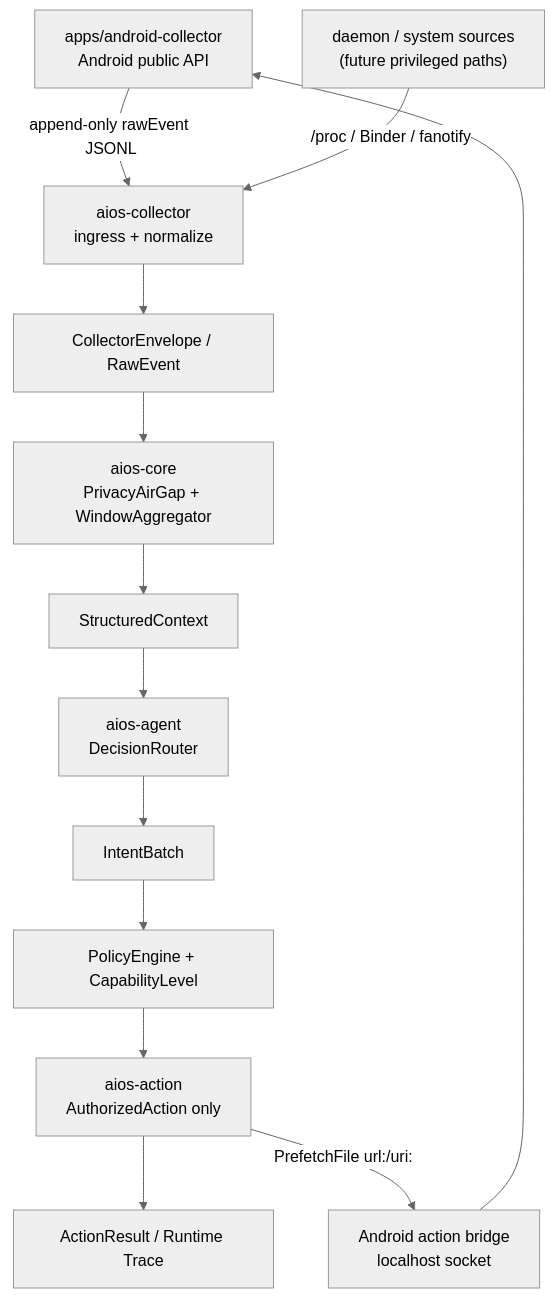
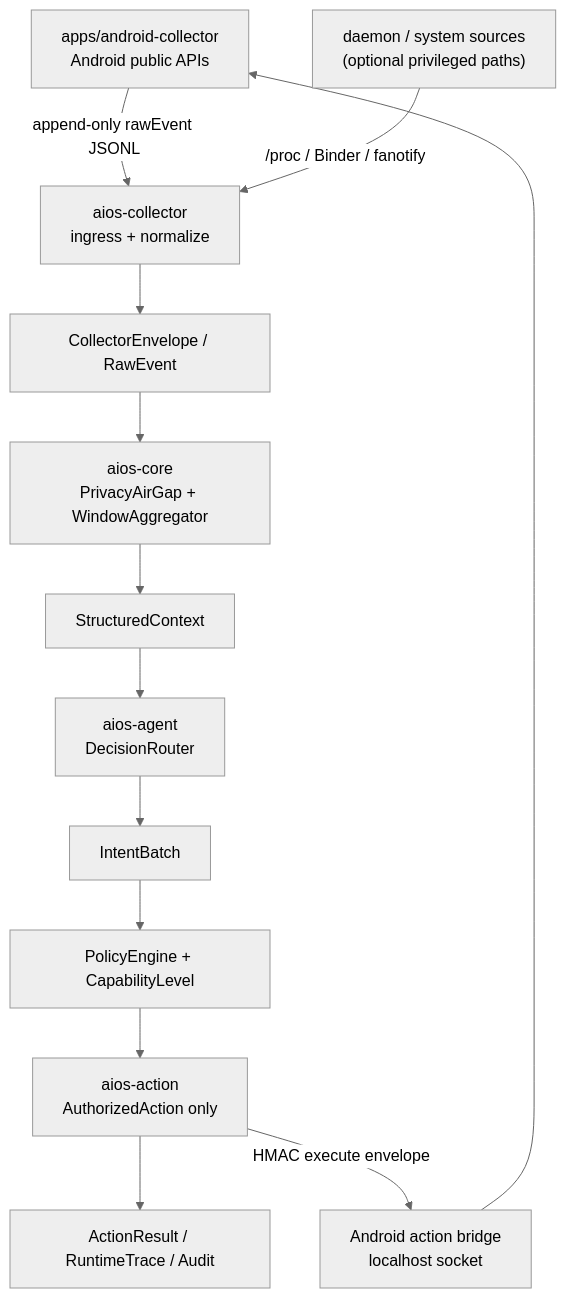
One commit to 114August514/DiPECS changed the diagram in README.md. Above: the diagram before and after it, drawn with Mermaid (neutral theme). The commit also changed other lines of this file and 68 other files, not shown here.

````diff
--- a/README.md
+++ b/README.md
@@ -54,21 +61,21 @@
 ```mermaid
 flowchart TD
-    App["apps/android-collector<br/>Android public API"]
-    System["daemon / system sources<br/>(future privileged paths)"]
+    App["apps/android-collector<br/>Android public APIs"]
+    System["daemon / system sources<br/>(optional privileged paths)"]
     Collector["aios-collector<br/>ingress + normalize"]
     Raw["CollectorEnvelope / RawEvent"]
     Core["aios-core<br/>PrivacyAirGap + WindowAggregator"]
     Context["StructuredContext"]
     Agent["aios-agent<br/>DecisionRouter"]
     Intent["IntentBatch"]
     Policy["PolicyEngine + CapabilityLevel"]
     Action["aios-action<br/>AuthorizedAction only"]
     AndroidBridge["Android action bridge<br/>localhost socket"]
-    Trace["ActionResult / Runtime Trace"]
+    Trace["ActionResult / RuntimeTrace / Audit"]
 
     App -- "append-only rawEvent JSONL" --> Collector
     System -- "/proc / Binder / fanotify" --> Collector
     Collector --> Raw --> Core --> Context --> Agent --> Intent
     Intent --> Policy --> Action --> Trace
-    Action -- "PrefetchFile url:/uri:" --> AndroidBridge --> App
+    Action -- "HMAC execute envelope" --> AndroidBridge --> App
 ```
````
